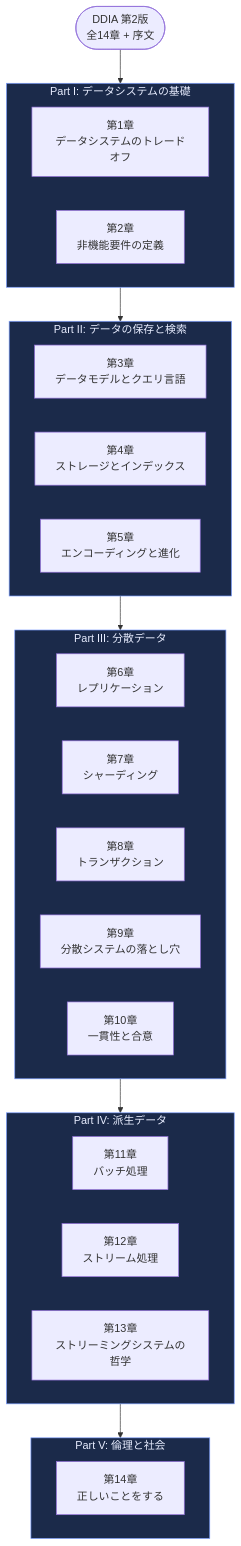
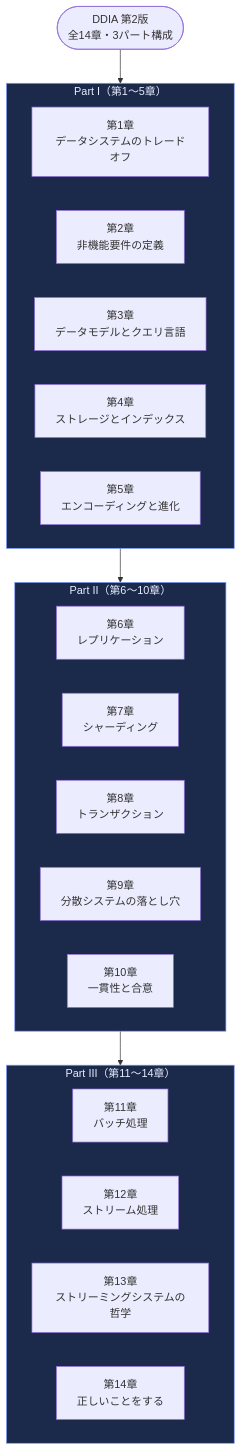
One commit to myoshi2891/Cloud-Infrastructure-Studies changed the first of 14 diagrams in Designing-data-intensive-applications-guide.md. Above: the diagram before and after it, drawn with Mermaid. The commit also changed other lines of this file and 3 other files, not shown here.

````diff
--- a/Designing-data-intensive-applications-guide.md
+++ b/Designing-data-intensive-applications-guide.md
@@ -45,33 +45,29 @@
 ```mermaid
 flowchart TB
-    Start(["DDIA 第2版<br/>全14章 + 序文"])
+    Start(["DDIA 第2版<br/>全14章・3パート構成"])
     Start --> P1
-    subgraph P1["Part I: データシステムの基礎"]
+    subgraph P1["Part I（第1〜5章）"]
         C1["第1章<br/>データシステムのトレードオフ"]
         C2["第2章<br/>非機能要件の定義"]
-    end
-    subgraph P2["Part II: データの保存と検索"]
         C3["第3章<br/>データモデルとクエリ言語"]
         C4["第4章<br/>ストレージとインデックス"]
         C5["第5章<br/>エンコーディングと進化"]
     end
-    subgraph P3["Part III: 分散データ"]
+    subgraph P2["Part II（第6〜10章）"]
         C6["第6章<br/>レプリケーション"]
         C7["第7章<br/>シャーディング"]
         C8["第8章<br/>トランザクション"]
         C9["第9章<br/>分散システムの落とし穴"]
         C10["第10章<br/>一貫性と合意"]
     end
-    subgraph P4["Part IV: 派生データ"]
+    subgraph P3["Part III（第11〜14章）"]
         C11["第11章<br/>バッチ処理"]
         C12["第12章<br/>ストリーム処理"]
         C13["第13章<br/>ストリーミングシステムの哲学"]
-    end
-    subgraph P5["Part V: 倫理と社会"]
         C14["第14章<br/>正しいことをする"]
     end
-    P1 --> P2 --> P3 --> P4 --> P5
+    P1 --> P2 --> P3
 
     classDef partStyle fill:#1b2a4a,stroke:#7c9eff,color:#e8edff
-    class P1,P2,P3,P4,P5 partStyle
+    class P1,P2,P3 partStyle
 ```
````
